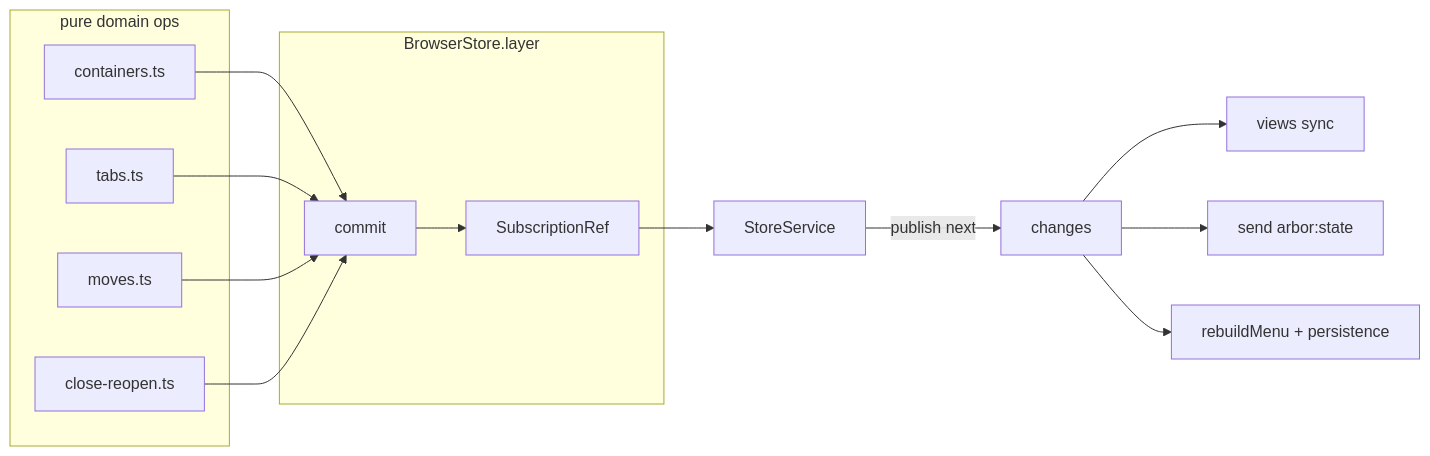
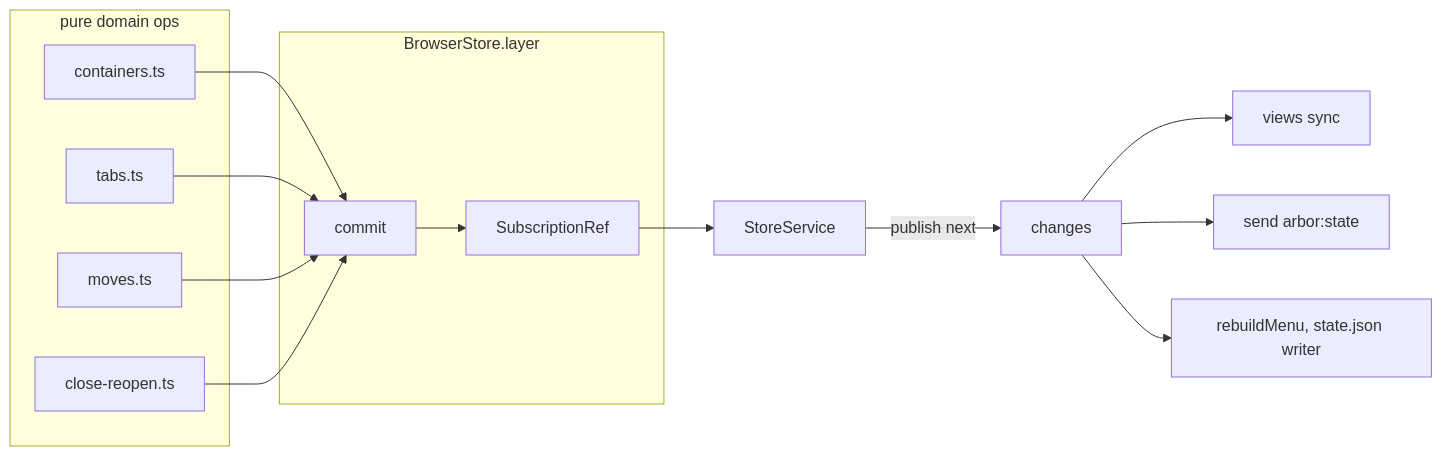
The first of 3 diagrams in docs/architecture/03-store.md (rom100main/arbor), drawn with Mermaid before and after one commit. The commit also changed other lines of this file and 1 other file, not shown here.

Commit message:
docs(architecture): centralized persistance logic

````diff
--- a/docs/architecture/03-store.md
+++ b/docs/architecture/03-store.md
@@ -34,29 +35,29 @@
 ```mermaid
 flowchart LR
     subgraph Ops["pure domain ops"]
         CC["containers.ts"]
         TB["tabs.ts"]
         MV["moves.ts"]
         CR["close-reopen.ts"]
     end
     subgraph Lay["BrowserStore.layer"]
         REF["SubscriptionRef<DomainState>"]
         RUN["commit"]
     end
     SVC["StoreService"]
     COM["changes"]
     OUT1["views sync"]
     OUT2["send arbor:state"]
-    OUT3["rebuildMenu + persistence"]
+    OUT3["rebuildMenu, state.json writer"]
 
     CC --> RUN
     TB --> RUN
     MV --> RUN
     CR --> RUN
     RUN --> REF
     REF --> SVC
     SVC -->|"publish next"| COM
     COM --> OUT1
     COM --> OUT2
     COM --> OUT3
 ```
````
